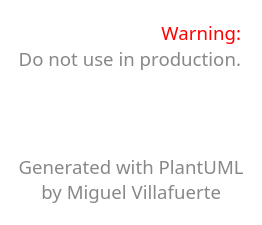
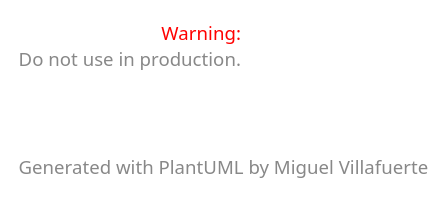
Before and after one commit to mvillafuertem/git-guide: the diagram in resources/style/style.pu, drawn with PlantUML. The commit also changed 1 other file, not shown here.

```diff
--- a/resources/style/style.pu
+++ b/resources/style/style.pu
@@ -1,56 +1,55 @@
 @startuml
 
 skinparam Padding 10
 
 skinparam title {
   FontName "Bradley Hand"
   'FontSize 10
   BorderRoundCorner 15
   titleBorderThickness 2
   titleBorderColor red
   titleBackgroundColor Aqua-CadetBlue
 }
 
 skinparam caption {
   FontName "Bradley Hand"
 }
 
 skinparam interface {
   BackgroundColor #72BF43/white
   BorderColor black
   'FontColor
   FontName "Bradley Hand"
   'FontSize 150
   'FontStyle bold_italic
   StereotypeFontColor blue
   'StereotypeFontName
   'StereotypeFontSize 15
   'StereotypeFontStyle
   SequenceArrowThickness 120
 }
 
 skinparam component {
   ArrowFontName "Bradley Hand"
   ArrowColor #000000
   'ArrowFontColor #777777
   'ArrowFontSize 10
   ArrowFontStyle bold_italic
   'ArrowLollipopColor green
   ArrowThickness 3
   'ColorArrowSeparationSpace blue
   'SequenceArrowThickness 12
 }
 
 left header
 <font color=red>Warning:</font>
 Do not use in production.
 endheader
 
 
 right footer
 
-Generated with PlantUML
-by Miguel Villafuerte
+Generated with PlantUML by Miguel Villafuerte
 endfooter
 
 @enduml
```
